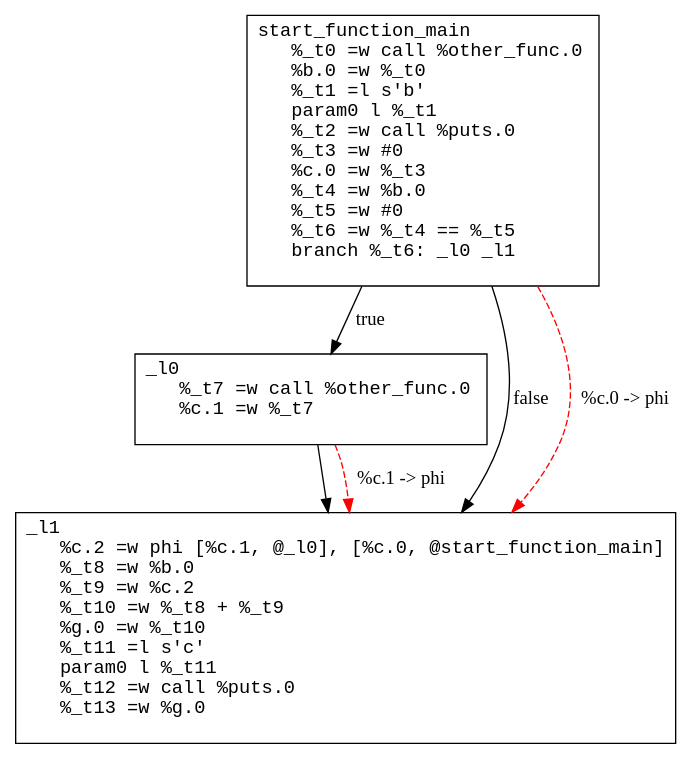
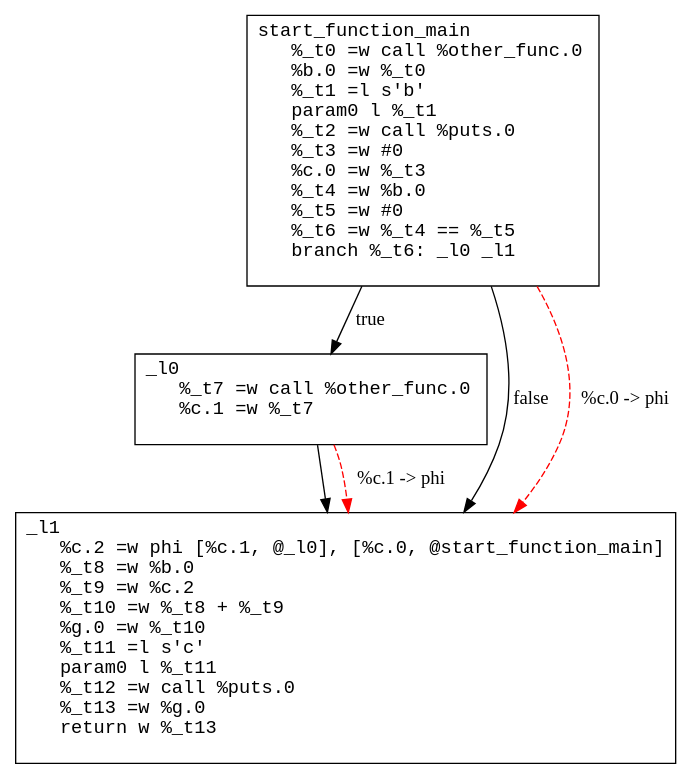
Before and after one commit to awarebayes/c-compiler: the diagram in input/graphviz/main.dot, drawn with Graphviz. The commit also changed 13 other files, not shown here.

```diff
--- a/input/graphviz/main.dot
+++ b/input/graphviz/main.dot
@@ -1,13 +1,13 @@
 digraph SSA {
 rankdir=TB;
 node [shape=rectangle, fontname="Courier"];
 start_function_main [label=<start_function_main<BR ALIGN="LEFT"/>    	%_t0 =w call %other_func.0<BR ALIGN="LEFT"/>    	%b.0 =w %_t0<BR ALIGN="LEFT"/>    	%_t1 =l s&#x27;b&#x27;<BR ALIGN="LEFT"/>    	param0 l %_t1<BR ALIGN="LEFT"/>    	%_t2 =w call %puts.0<BR ALIGN="LEFT"/>    	%_t3 =w #0<BR ALIGN="LEFT"/>    	%c.0 =w %_t3<BR ALIGN="LEFT"/>    	%_t4 =w %b.0<BR ALIGN="LEFT"/>    	%_t5 =w #0<BR ALIGN="LEFT"/>    	%_t6 =w %_t4 == %_t5<BR ALIGN="LEFT"/>    	branch %_t6: _l0 _l1<BR ALIGN="LEFT"/>    >];
 _l0 [label=<_l0<BR ALIGN="LEFT"/>    	%_t7 =w call %other_func.0<BR ALIGN="LEFT"/>    	%c.1 =w %_t7<BR ALIGN="LEFT"/>    >];
-_l1 [label=<_l1<BR ALIGN="LEFT"/>    	%c.2 =w phi [%c.1, @_l0], [%c.0, @start_function_main]<BR ALIGN="LEFT"/>    	%_t8 =w %b.0<BR ALIGN="LEFT"/>    	%_t9 =w %c.2<BR ALIGN="LEFT"/>    	%_t10 =w %_t8 + %_t9<BR ALIGN="LEFT"/>    	%g.0 =w %_t10<BR ALIGN="LEFT"/>    	%_t11 =l s&#x27;c&#x27;<BR ALIGN="LEFT"/>    	param0 l %_t11<BR ALIGN="LEFT"/>    	%_t12 =w call %puts.0<BR ALIGN="LEFT"/>    	%_t13 =w %g.0<BR ALIGN="LEFT"/>    >];
+_l1 [label=<_l1<BR ALIGN="LEFT"/>    	%c.2 =w phi [%c.1, @_l0], [%c.0, @start_function_main]<BR ALIGN="LEFT"/>    	%_t8 =w %b.0<BR ALIGN="LEFT"/>    	%_t9 =w %c.2<BR ALIGN="LEFT"/>    	%_t10 =w %_t8 + %_t9<BR ALIGN="LEFT"/>    	%g.0 =w %_t10<BR ALIGN="LEFT"/>    	%_t11 =l s&#x27;c&#x27;<BR ALIGN="LEFT"/>    	param0 l %_t11<BR ALIGN="LEFT"/>    	%_t12 =w call %puts.0<BR ALIGN="LEFT"/>    	%_t13 =w %g.0<BR ALIGN="LEFT"/>    	return w %_t13<BR ALIGN="LEFT"/>    >];
 start_function_main -> _l0[label="true"];
 start_function_main -> _l1[label="false"];
 _l0 -> _l1;
 edge [color=red, style=dashed, constraint=false];
 _l0 -> _l1[label="%c.1 -> phi"];
 start_function_main -> _l1[label="%c.0 -> phi"];
 }
```
